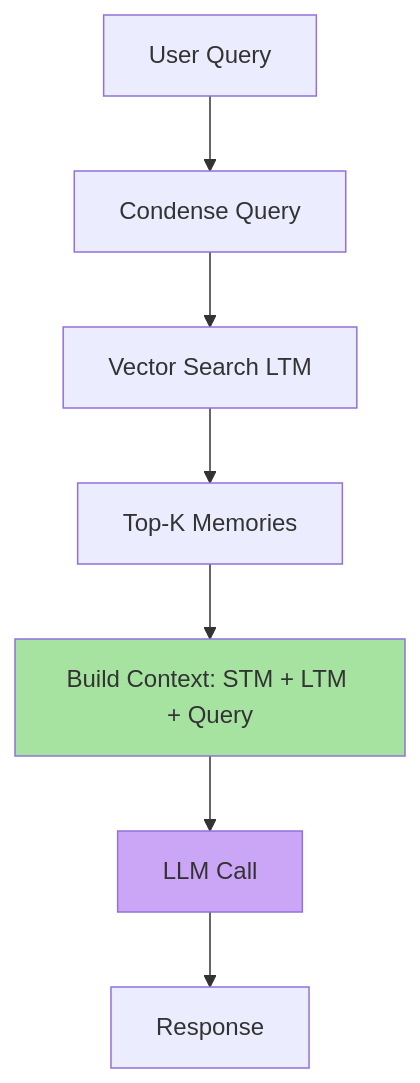
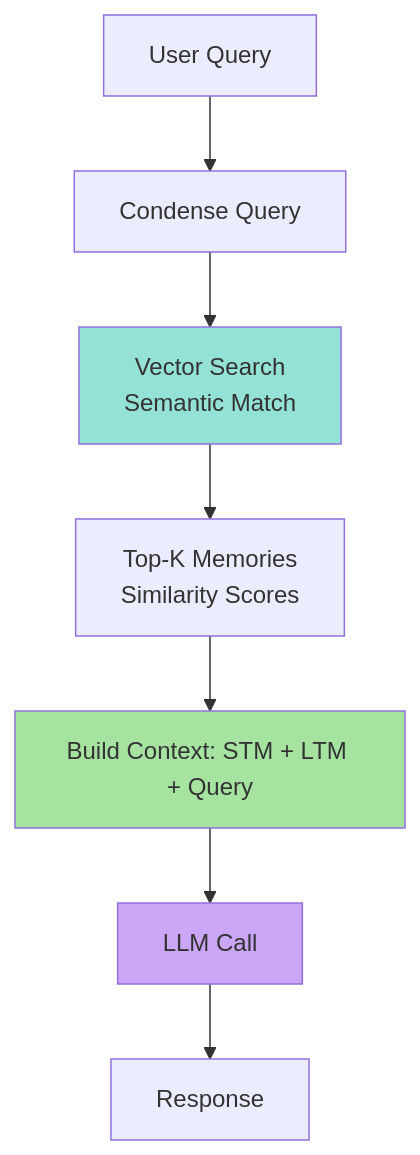
Before and after one commit to Amie-dev/FDE-and-GenAI-Mastery: the sixth of 9 diagrams in Lecture 19 - Agent Memory Systems/notes/04_Dynamic_Context_Assembly_Stm_Ltm_Rag_Query.md, drawn with Mermaid. The commit also changed other lines of this file and 9 other files, not shown here.

````diff
--- a/Lecture 19 - Agent Memory Systems/notes/04_Dynamic_Context_Assembly_Stm_Ltm_Rag_Query.md
+++ b/Lecture 19 - Agent Memory Systems/notes/04_Dynamic_Context_Assembly_Stm_Ltm_Rag_Query.md
@@ -166,13 +261,13 @@
 ```mermaid
 flowchart TD
     A["User Query"] --> B[Condense Query]
-    B --> C[Vector Search LTM]
-    C --> D[Top-K Memories]
-    
+    B --> C[Vector Search<br/>Semantic Match]
+    C --> D[Top-K Memories<br/>Similarity Scores]
     D --> E[Build Context: STM + LTM + Query]
     E --> F[LLM Call]
     F --> G[Response]
     
+    style C fill:#94e2d5
     style E fill:#a6e3a1
     style F fill:#cba6f7
 ```
````
